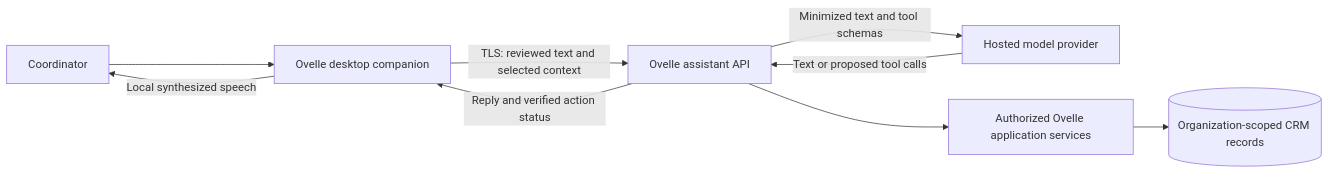
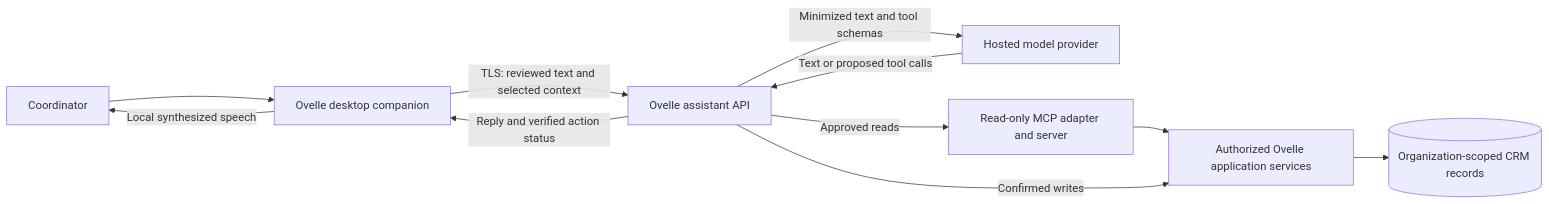
Before and after one commit to Atripix-Design/ovelle: the first of 4 diagrams in docs/architecture/desktop-assistant-design.md, drawn with Mermaid. The commit also changed other lines of this file, not shown here.

Commit message:
Document read-only MCP integration for desktop assistant

````diff
--- a/docs/architecture/desktop-assistant-design.md
+++ b/docs/architecture/desktop-assistant-design.md
@@ -105,11 +109,13 @@
 ```mermaid
 flowchart LR
     U[Coordinator] --> D[Ovelle desktop companion]
     D -->|TLS: reviewed text and selected context| B[Ovelle assistant API]
     B -->|Minimized text and tool schemas| M[Hosted model provider]
     M -->|Text or proposed tool calls| B
-    B --> A[Authorized Ovelle application services]
+    B -->|Approved reads| R[Read-only MCP adapter and server]
+    R --> A[Authorized Ovelle application services]
+    B -->|Confirmed writes| A
     A --> DB[(Organization-scoped CRM records)]
     B -->|Reply and verified action status| D
     D -->|Local synthesized speech| U
 ```
````
